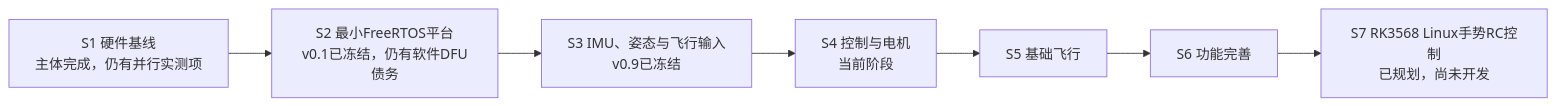
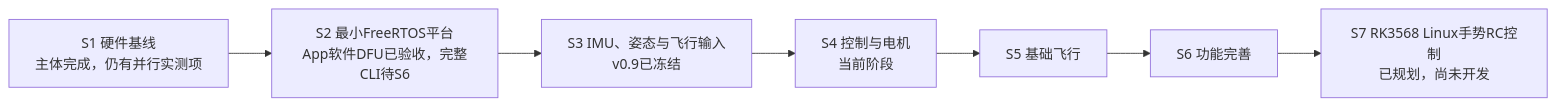
The diagram in Docs/00_项目开发路线与统一进度.md (weiguang0423/getfun-f722-freertos), drawn with Mermaid before and after one commit. The commit also changed other lines of this file and 15 other files, not shown here.

````diff
--- a/Docs/00_项目开发路线与统一进度.md
+++ b/Docs/00_项目开发路线与统一进度.md
@@ -98,12 +98,12 @@
 ```mermaid
 flowchart LR
     S1["S1 硬件基线<br/>主体完成，仍有并行实测项"]
-    S2["S2 最小FreeRTOS平台<br/>v0.1已冻结，仍有软件DFU债务"]
+    S2["S2 最小FreeRTOS平台<br/>App软件DFU已验收，完整CLI待S6"]
     S3["S3 IMU、姿态与飞行输入<br/>v0.9已冻结"]
     S4["S4 控制与电机<br/>当前阶段"]
     S5["S5 基础飞行"]
     S6["S6 功能完善"]
     S7["S7 RK3568 Linux手势RC控制<br/>已规划，尚未开发"]
 
     S1 --> S2 --> S3 --> S4 --> S5 --> S6 --> S7
 ```
````
